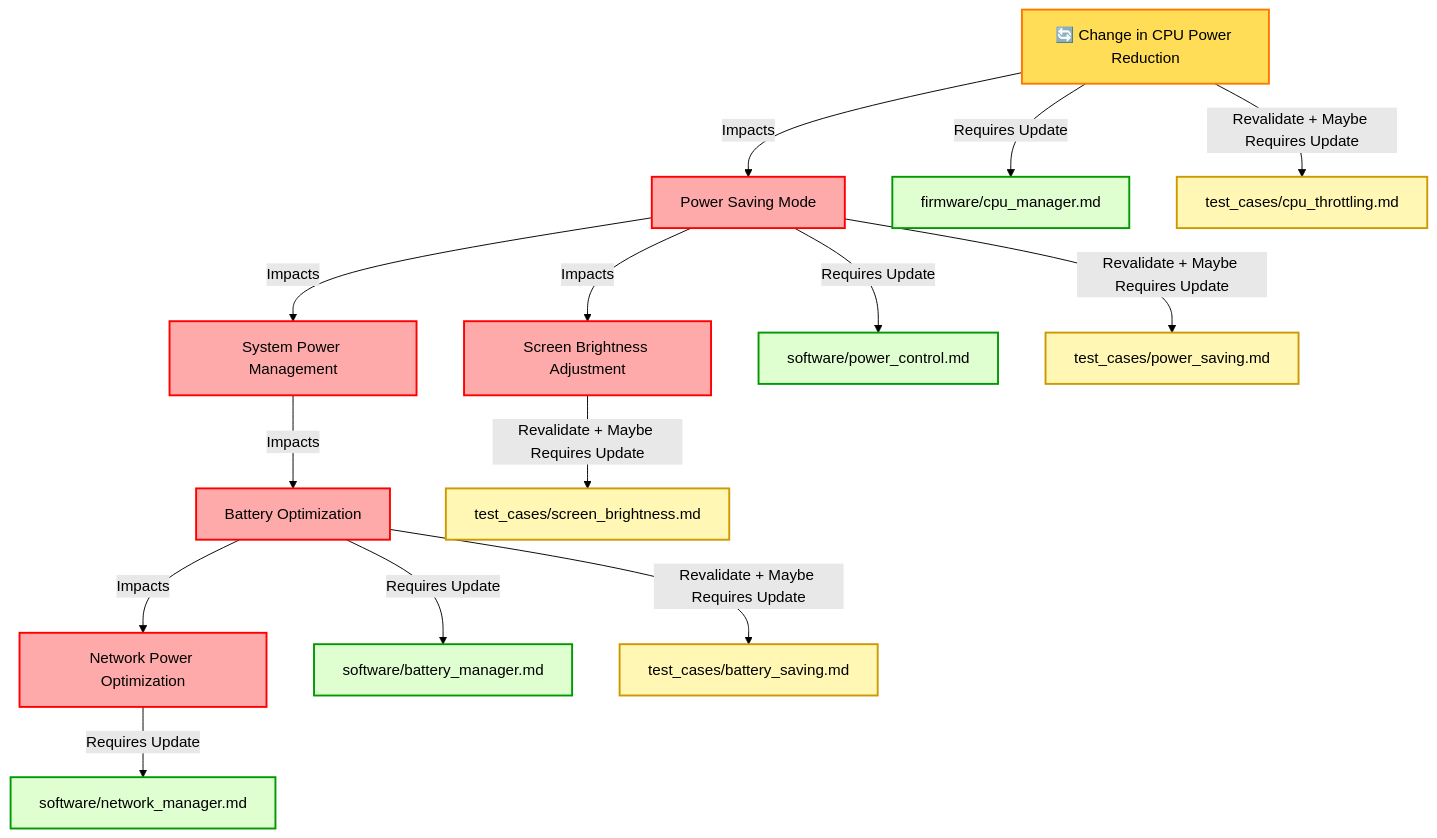
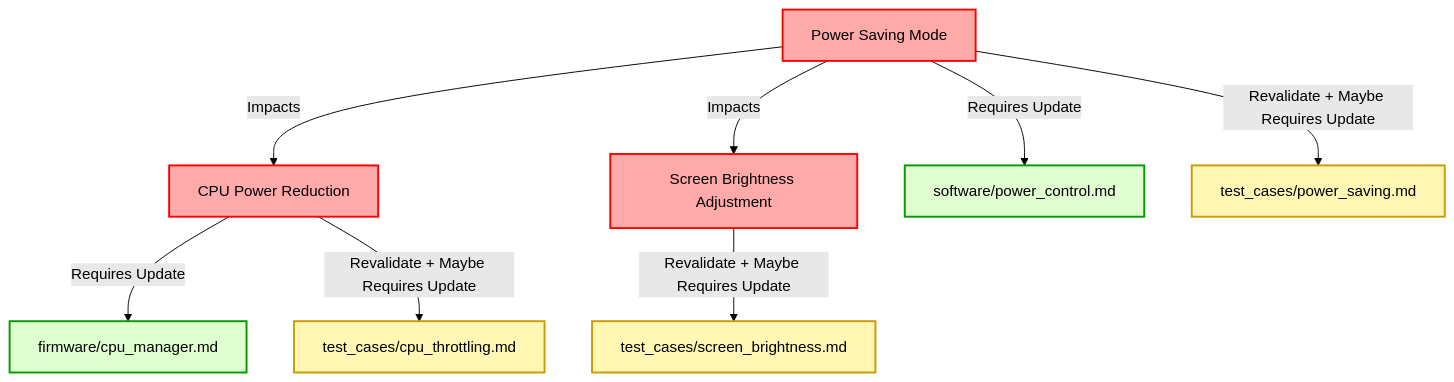
The second of 2 diagrams in specifications/DesignSpecifications/RequirementsChangePropagation.md (reqvire-org/reqvire), drawn with Mermaid (forest theme) before and after one commit. The commit also changed other lines of this file and 16 other files, not shown here.

````diff
--- a/specifications/DesignSpecifications/RequirementsChangePropagation.md
+++ b/specifications/DesignSpecifications/RequirementsChangePropagation.md
@@ -326,41 +297,35 @@
 ```mermaid
 flowchart TD;
     %% Define Classes
     classDef requirement fill:#D0E0FF,stroke:#0066FF,stroke-width:2px;
     classDef implementation fill:#DFFFD0,stroke:#009900,stroke-width:2px;
     classDef verification fill:#FFF7B3,stroke:#CC9900,stroke-width:2px;
     classDef changed fill:#FFDD57,stroke:#FF7700,stroke-width:2px;
     classDef impacted fill:#FFAAAA,stroke:#FF0000,stroke-width:2px;
     classDef validate fill:#E0D0FF,stroke:#6600CC,stroke-width:2px;
 
-    %% Change Origin
-    C[🔄 Change in CPU Power Reduction]:::changed
-
     %% Change Propagation Paths
-    C -->|Impacts| B[Power Saving Mode]:::impacted
-    B -->|Impacts| A[System Power Management]:::impacted
-    A -->|Impacts| E[Battery Optimization]:::impacted
-    E -->|Impacts| G[Network Power Optimization]:::impacted
+    B[Power Saving Mode]
+    B -->|Impacts| A[CPU Power Reduction]:::impacted
     B -->|Impacts| D[Screen Brightness Adjustment]:::impacted
 
     %% Impact on Implementation (Code / Design)
-    C -->|Requires Update| SB2[firmware/cpu_manager.md]:::implementation
     B -->|Requires Update| SB1[software/power_control.md]:::implementation
-    E -->|Requires Update| SB3[software/battery_manager.md]:::implementation
-    G -->|Requires Update| SB4[software/network_manager.md]:::implementation
+    A -->|Requires Update| SB2[firmware/cpu_manager.md]:::implementation
+
 
     %% Impact on Verification (Test Cases)
-    C -->|Revalidate + Maybe Requires Update | VB2[test_cases/cpu_throttling.md]:::verification
     B -->|Revalidate + Maybe Requires Update| VB1[test_cases/power_saving.md]:::verification
     D -->|Revalidate + Maybe Requires Update| VB3[test_cases/screen_brightness.md]:::verification
-    E -->|Revalidate + Maybe Requires Update| VB4[test_cases/battery_saving.md]:::verification
+    A -->|Revalidate + Maybe Requires Update| VB4[test_cases/cpu_throttling.md]:::verification
+    
 
     %% Arrange Classes
     class C changed;
     class A,B,D,E,G impacted;
     class SB1,SB2,SB3,SB4 implementation;
     class VB1,VB2,VB3,VB4 verification;
     class V validate;
 
 
 ```
````
